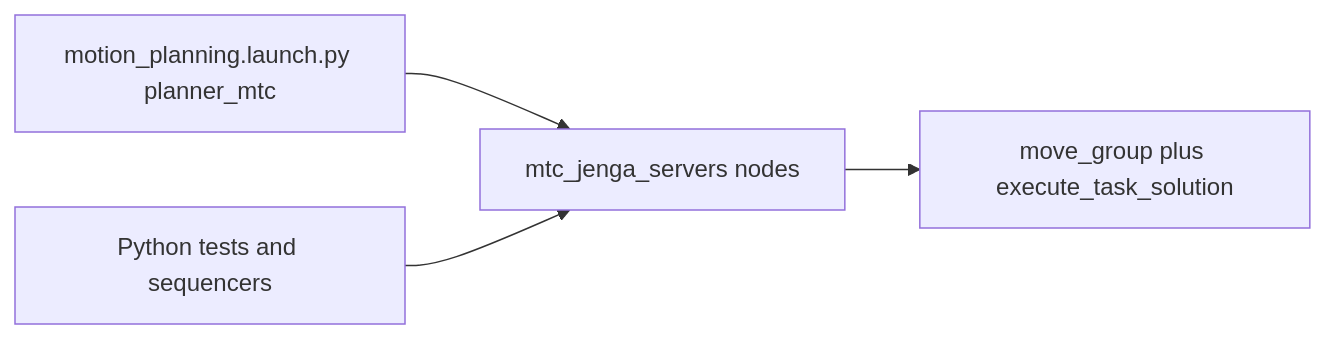
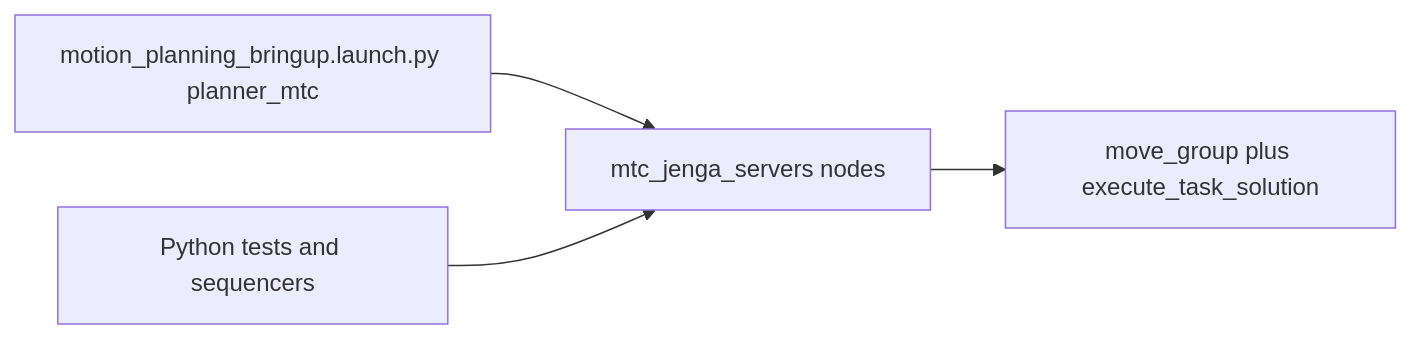
Before and after one commit to Onorach/RS2-JENGA: the diagram in src/motion_planning/README.md, drawn with Mermaid. The commit also changed other lines of this file and 12 other files, not shown here.

````diff
--- a/src/motion_planning/README.md
+++ b/src/motion_planning/README.md
@@ -194,10 +194,10 @@
 ```mermaid
 flowchart LR
-  bringup[motion_planning.launch.py planner_mtc]
+  bringup[motion_planning_bringup.launch.py planner_mtc]
   servers[mtc_jenga_servers nodes]
   clients[Python tests and sequencers]
   mg[move_group plus execute_task_solution]
   bringup --> servers
   servers --> mg
   clients --> servers
 ```
````
